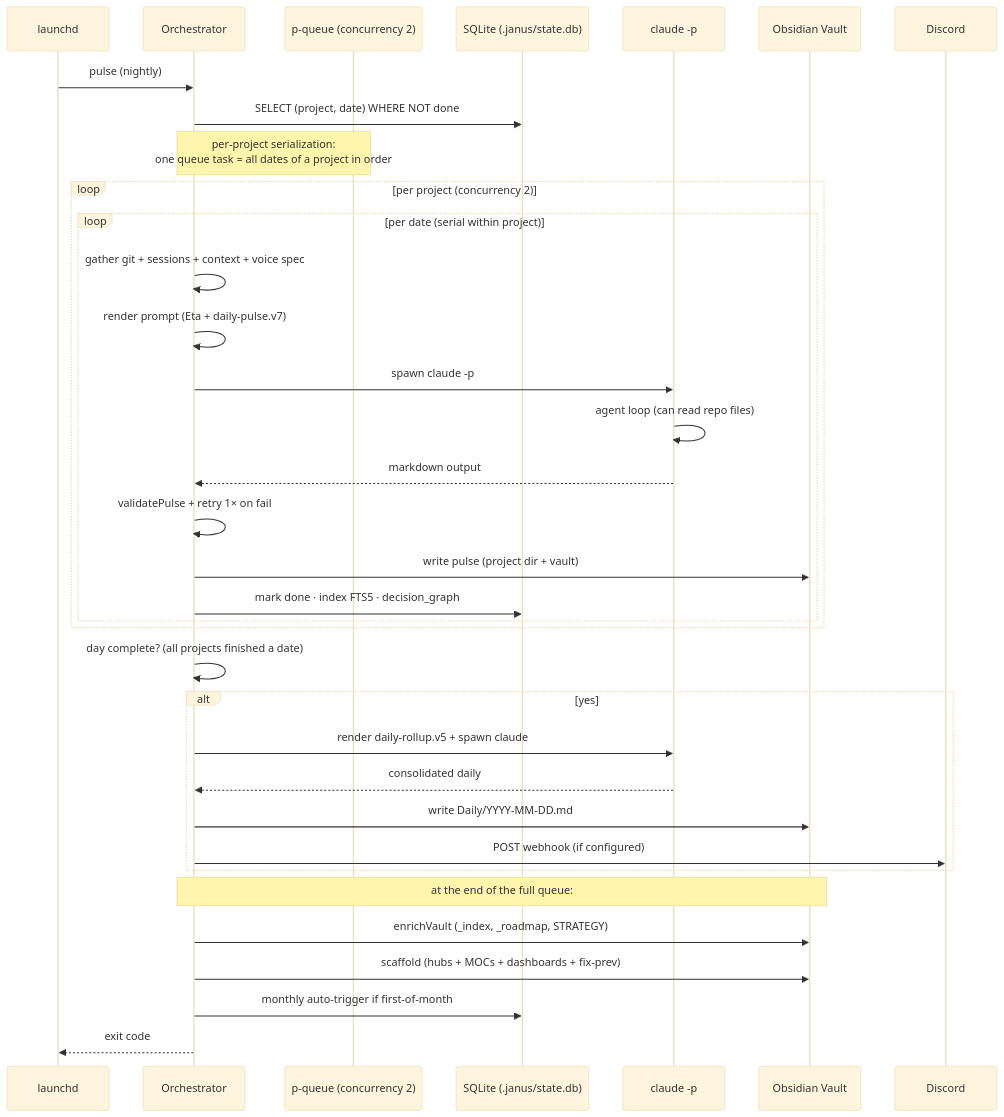
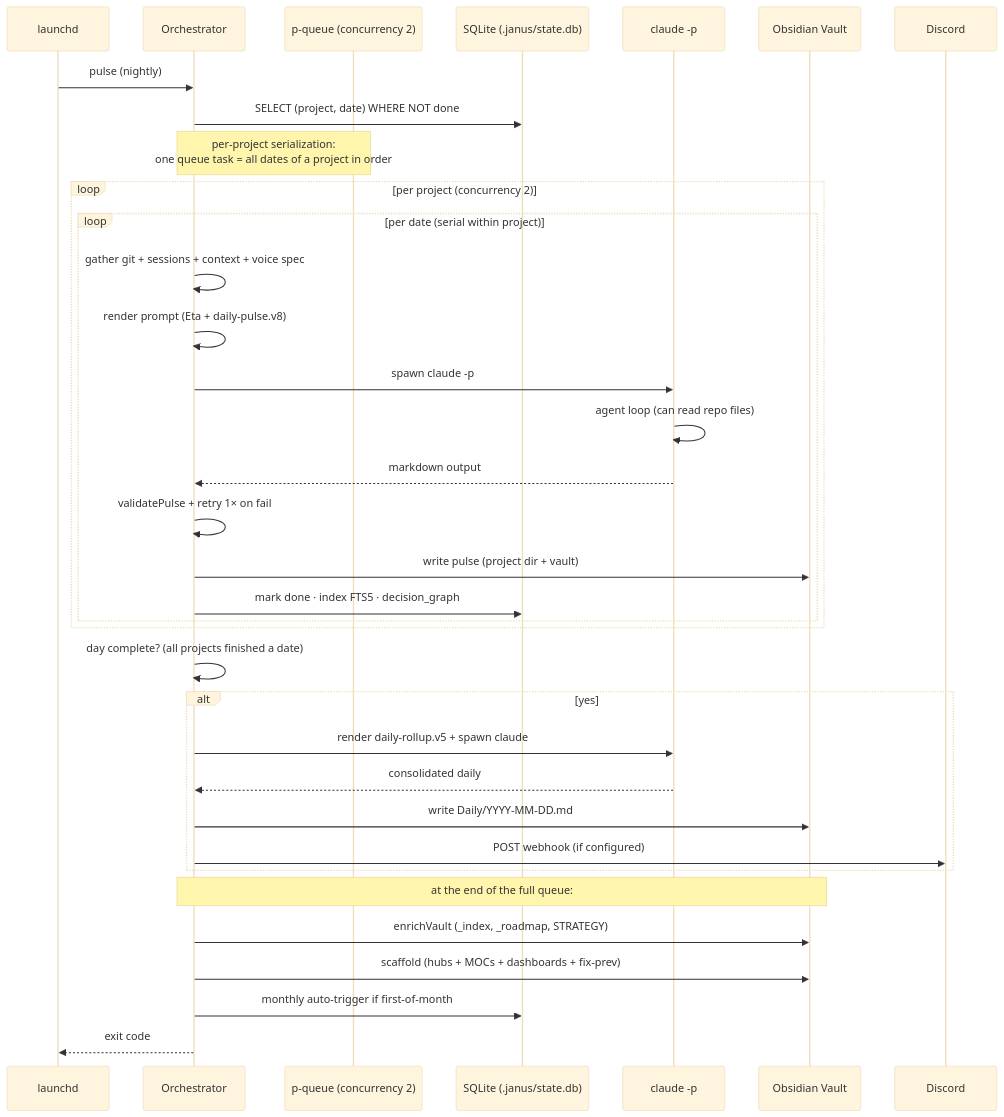
One commit to crewtives/janus changed the second of 2 diagrams in docs/ARCHITECTURE.md. Above: the diagram before and after it, drawn with Mermaid (base theme). The commit also changed other lines of this file and 28 other files, not shown here.

````diff
--- a/docs/ARCHITECTURE.md
+++ b/docs/ARCHITECTURE.md
@@ -307,38 +309,38 @@
 ```mermaid
 sequenceDiagram
     participant L as launchd
     participant O as Orchestrator
     participant Q as p-queue (concurrency 2)
     participant S as SQLite (.janus/state.db)
     participant C as claude -p
     participant V as Obsidian Vault
     participant D as Discord
 
     L->>O: pulse (nightly)
     O->>S: SELECT (project, date) WHERE NOT done
     Note over O,Q: per-project serialization:<br/>one queue task = all dates of a project in order
     loop per project (concurrency 2)
         loop per date (serial within project)
             O->>O: gather git + sessions + context + voice spec
-            O->>O: render prompt (Eta + daily-pulse.v7)
+            O->>O: render prompt (Eta + daily-pulse.v8)
             O->>C: spawn claude -p
             C->>C: agent loop (can read repo files)
             C-->>O: markdown output
             O->>O: validatePulse + retry 1× on fail
             O->>V: write pulse (project dir + vault)
             O->>S: mark done · index FTS5 · decision_graph
         end
     end
     O->>O: day complete? (all projects finished a date)
     alt yes
         O->>C: render daily-rollup.v5 + spawn claude
         C-->>O: consolidated daily
         O->>V: write Daily/YYYY-MM-DD.md
         O->>D: POST webhook (if configured)
     end
     Note over O,V: at the end of the full queue:
     O->>V: enrichVault (_index, _roadmap, STRATEGY)
     O->>V: scaffold (hubs + MOCs + dashboards + fix-prev)
     O->>S: monthly auto-trigger if first-of-month
     O-->>L: exit code
 ```
````
